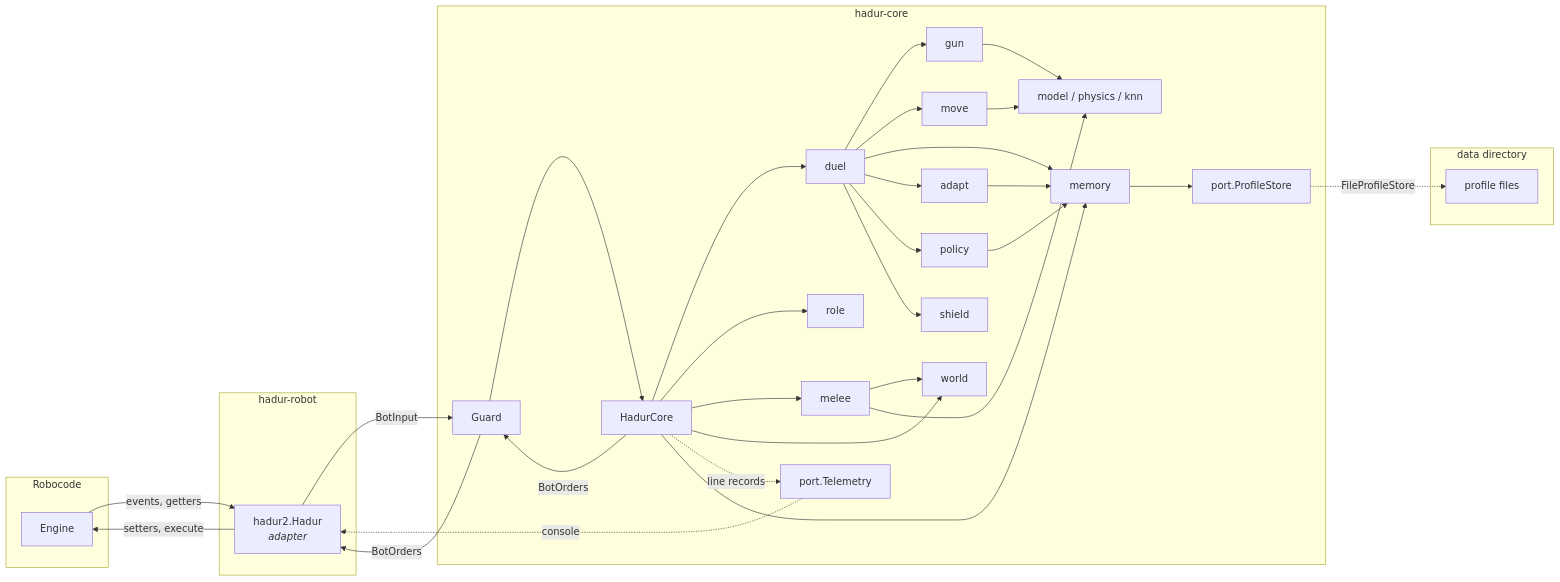
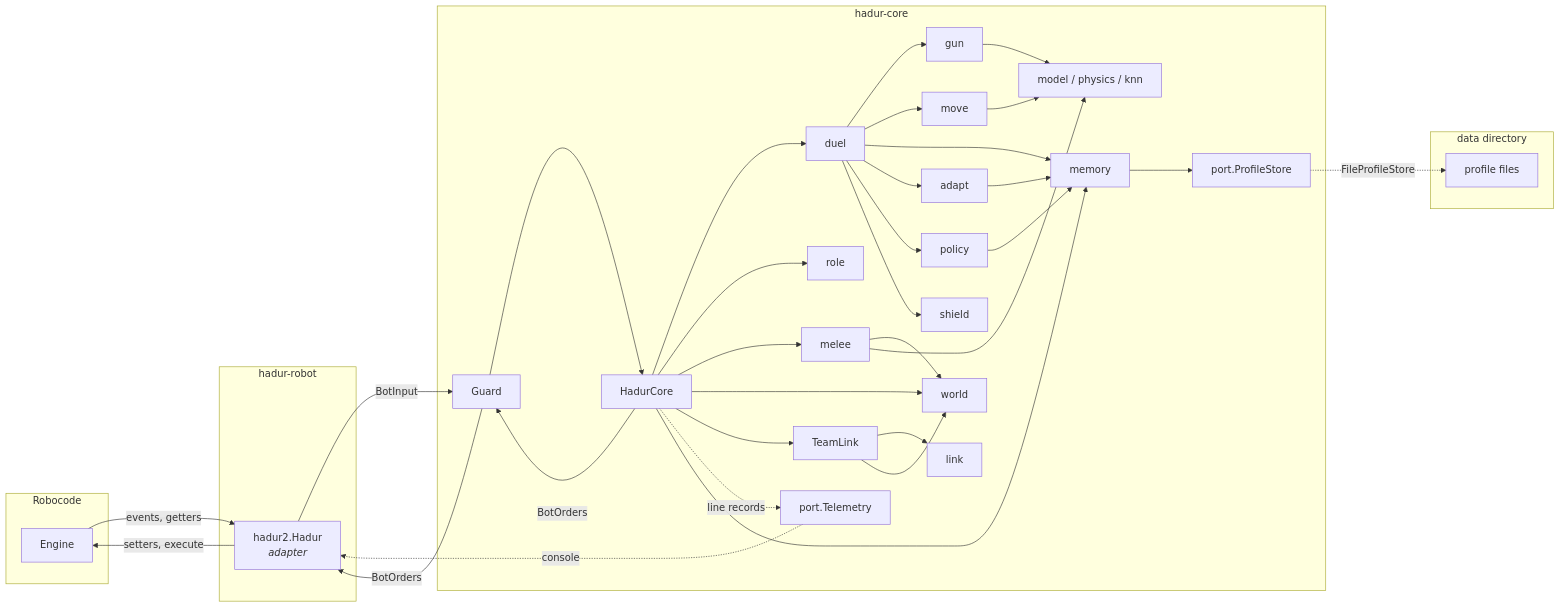
One commit to lgriffin/Hadur_Robot changed the first of 3 diagrams in docs/architecture.md. Above: the diagram before and after it, drawn with Mermaid. The commit also changed other lines of this file and 8 other files, not shown here.

````diff
--- a/docs/architecture.md
+++ b/docs/architecture.md
@@ -7,54 +7,59 @@
 ```mermaid
 graph LR
     subgraph Robocode
         E[Engine]
     end
     subgraph hadur-robot
         A[hadur2.Hadur<br><i>adapter</i>]
     end
     subgraph hadur-core
         G[Guard]
         C[HadurCore]
         GC[gun]
         MC[move]
         ML[melee]
         W[world]
+        TL[TeamLink]
+        LK[link]
         PT[role]
         DU[duel]
         M[model / physics / knn]
         T[port.Telemetry]
         MEM[memory]
         AD[adapt]
         PO[policy]
         SH[shield]
         PS[port.ProfileStore]
     end
     subgraph data directory
         F[profile files]
     end
     E -- events, getters --> A
     A -- BotInput --> G
     G --> C
     C --> DU
     DU --> GC & MC
     C --> PT
     C --> ML
     C --> W
+    C --> TL
+    TL --> LK
+    TL --> W
     ML --> W
     ML --> M
     GC & MC --> M
     C -- BotOrders --> G
     G -- BotOrders --> A
     A -- setters, execute --> E
     C -. line records .-> T
     T -. console .-> A
     C --> MEM
     DU --> MEM
     DU --> AD
     DU --> PO
     DU --> SH
     PO --> MEM
     AD --> MEM
     MEM --> PS
     PS -. FileProfileStore .-> F
 ```
````
